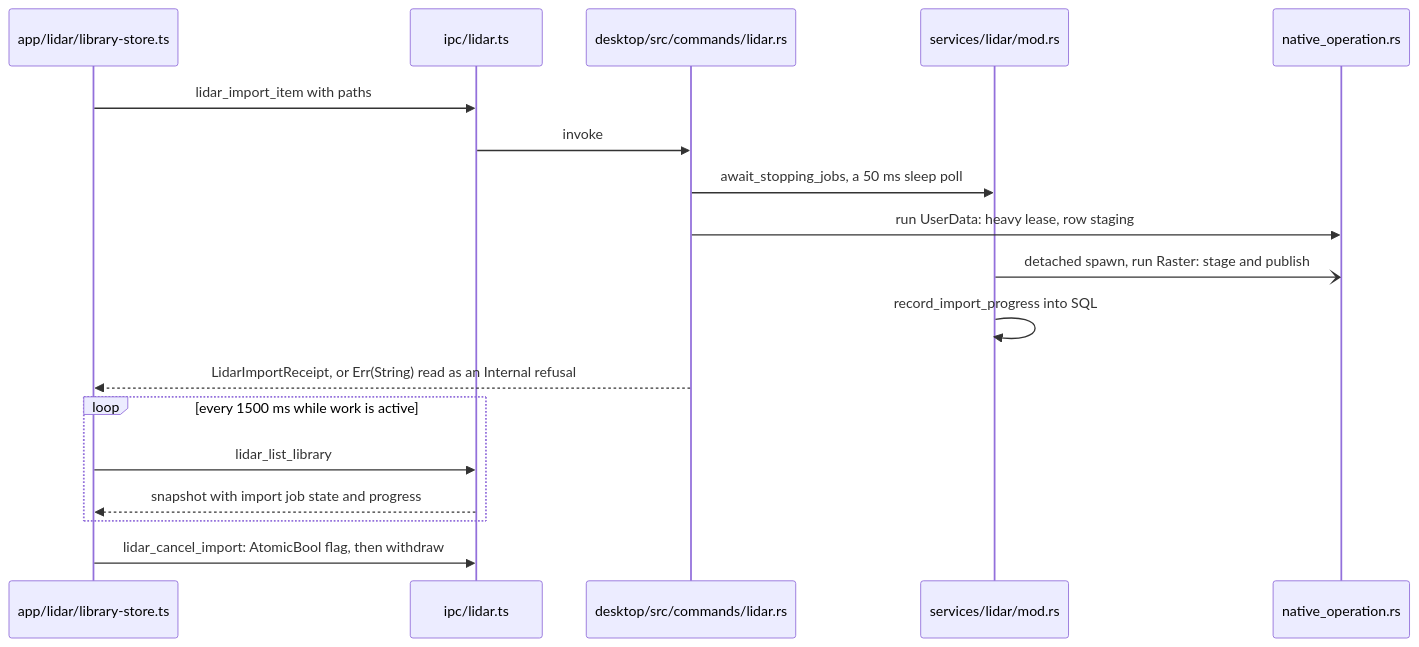
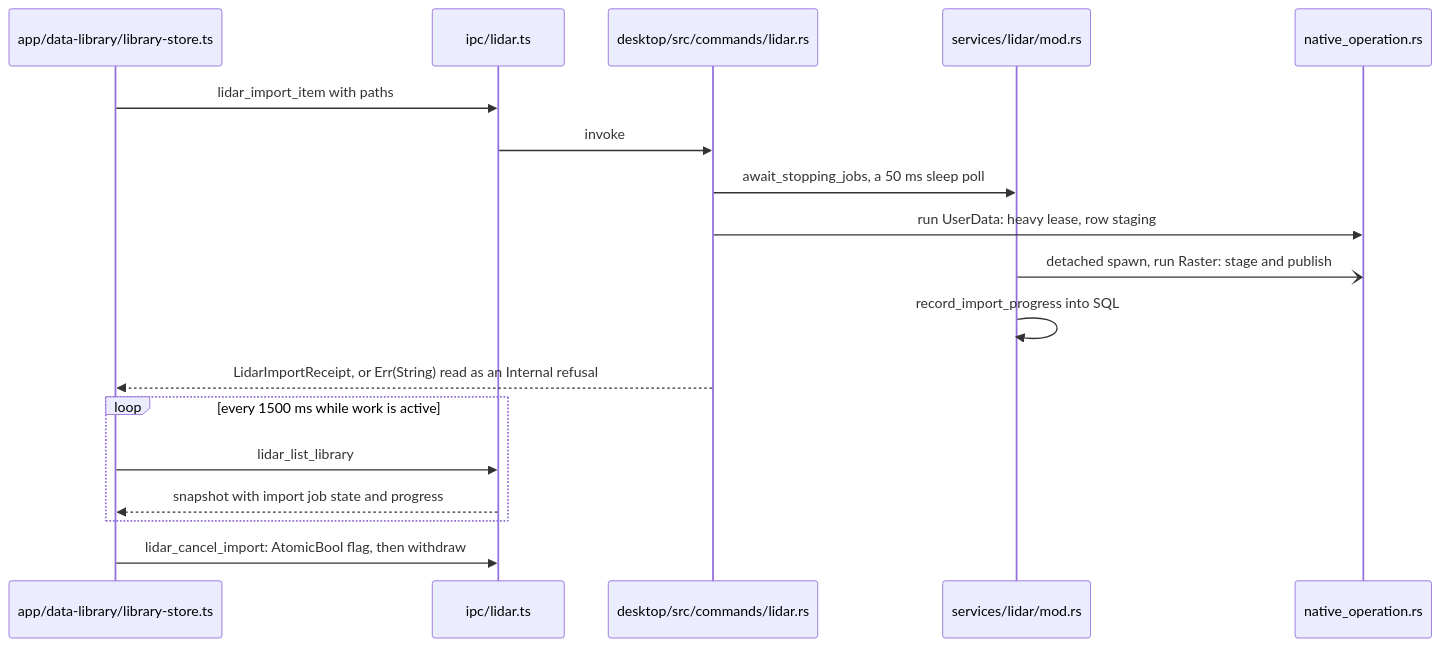
Before and after one commit to opencanopi/canopi: the second of 7 diagrams in docs/architecture/flows-services.md, drawn with Mermaid. The commit also changed other lines of this file and 909 other files, not shown here.

````diff
--- a/docs/architecture/flows-services.md
+++ b/docs/architecture/flows-services.md
@@ -48,20 +48,20 @@
 ```mermaid
 sequenceDiagram
-  participant UI as app/lidar/library-store.ts
+  participant UI as app/data-library/library-store.ts
   participant IPC as ipc/lidar.ts
   participant CMD as desktop/src/commands/lidar.rs
   participant LIB as services/lidar/mod.rs
   participant EX as native_operation.rs
   UI->>IPC: lidar_import_item with paths
   IPC->>CMD: invoke
   CMD->>LIB: await_stopping_jobs, a 50 ms sleep poll
   CMD->>EX: run UserData: heavy lease, row staging
   LIB-)EX: detached spawn, run Raster: stage and publish
   LIB->>LIB: record_import_progress into SQL
   CMD-->>UI: LidarImportReceipt, or Err(String) read as an Internal refusal
   loop every 1500 ms while work is active
     UI->>IPC: lidar_list_library
     IPC-->>UI: snapshot with import job state and progress
   end
   UI->>IPC: lidar_cancel_import: AtomicBool flag, then withdraw
 ```
````
